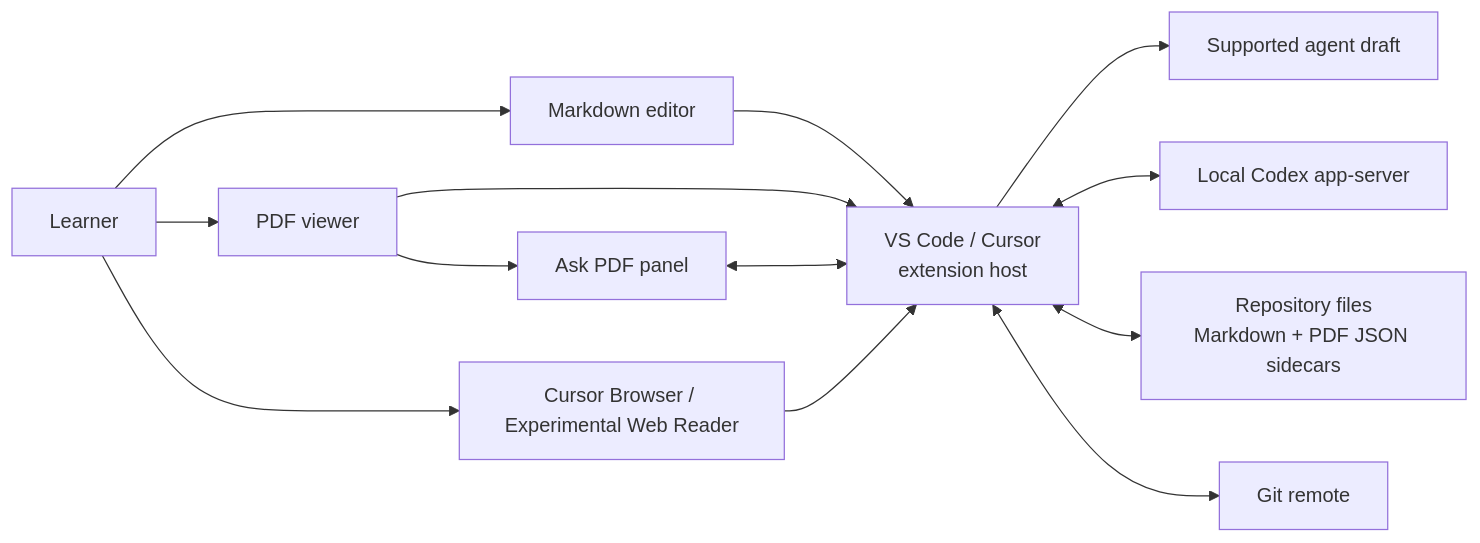
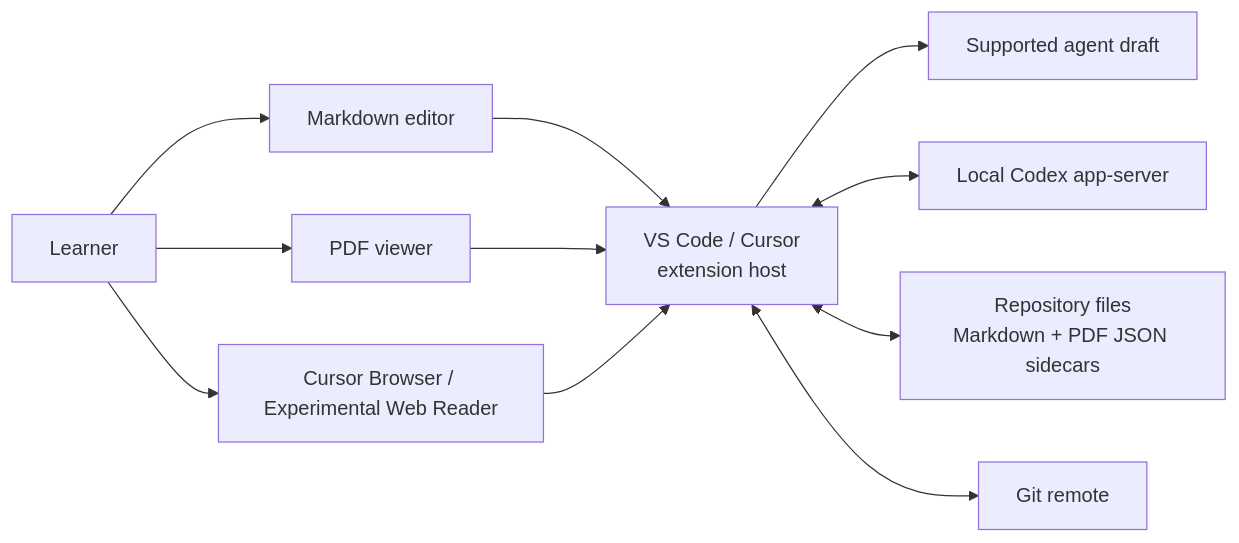
Before and after one commit to t04dJ14n9/vscode-llm-wiki: the diagram in README.md, drawn with Mermaid. The commit also changed other lines of this file and 70 other files, not shown here.

````diff
--- a/README.md
+++ b/README.md
@@ -181,26 +177,23 @@
 ```mermaid
 flowchart LR
     Learner["Learner"]
     Host["VS Code / Cursor<br/>extension host"]
     Markdown["Markdown editor"]
     PDF["PDF viewer"]
-    AskPDF["Ask PDF panel"]
     Browser["Cursor Browser / Experimental Web Reader"]
     Agent["Supported agent draft"]
     Codex["Local Codex app-server"]
     Repo["Repository files<br/>Markdown + PDF JSON sidecars"]
     Git["Git remote"]
 
     Learner --> Markdown
     Learner --> PDF
     Learner --> Browser
     Markdown --> Host
     PDF --> Host
     Browser --> Host
     Host --> Agent
-    PDF --> AskPDF
-    AskPDF <--> Host
     Host <--> Codex
     Host <--> Repo
     Host <--> Git
 ```
````
